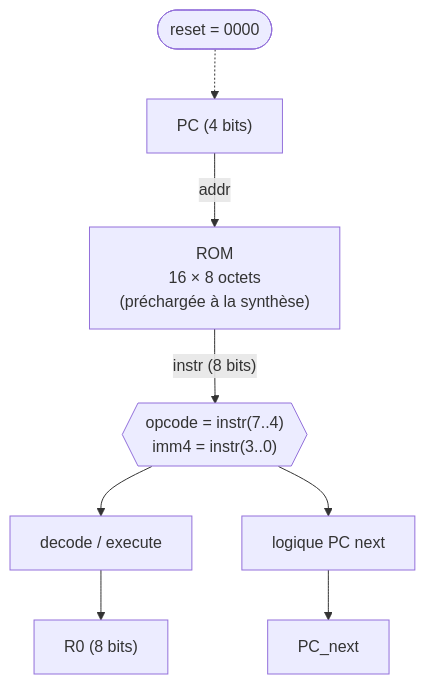
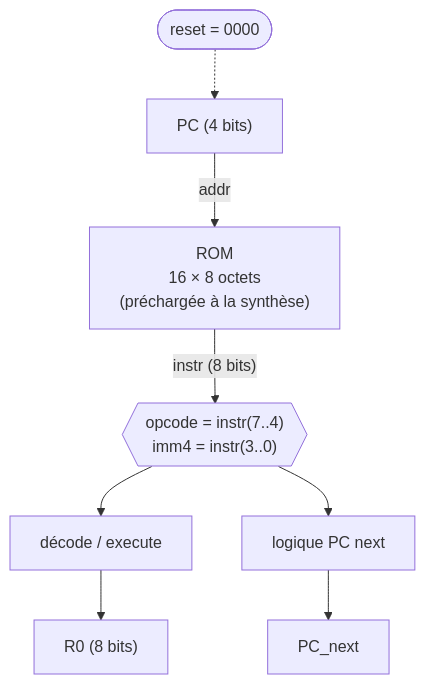
One commit to Kmila9s/Kmila changed the diagram in Kmila.Shared/wwwroot/Learn/fr/cpu/02-cpu-project.md. Above: the diagram before and after it, drawn with Mermaid. The commit also changed other lines of this file and 207 other files, not shown here.

````diff
--- a/Kmila.Shared/wwwroot/Learn/fr/cpu/02-cpu-project.md
+++ b/Kmila.Shared/wwwroot/Learn/fr/cpu/02-cpu-project.md
@@ -7,10 +7,10 @@
 ```mermaid
 flowchart TD
     RST(["reset = 0000"]) -.-> PC["PC (4 bits)"]
     PC -- addr --> ROM["ROM<br/>16 × 8 octets<br/>(préchargée à la synthèse)"]
     ROM -- "instr (8 bits)" --> SPLIT{{"opcode = instr(7..4)<br/>imm4 = instr(3..0)"}}
-    SPLIT --> DECEXE["decode / execute"]
+    SPLIT --> DECEXE["décode / execute"]
     SPLIT --> PCNXT["logique PC next"]
     DECEXE --> R0["R0 (8 bits)"]
     PCNXT --> PCN["PC_next"]
 ```
````
